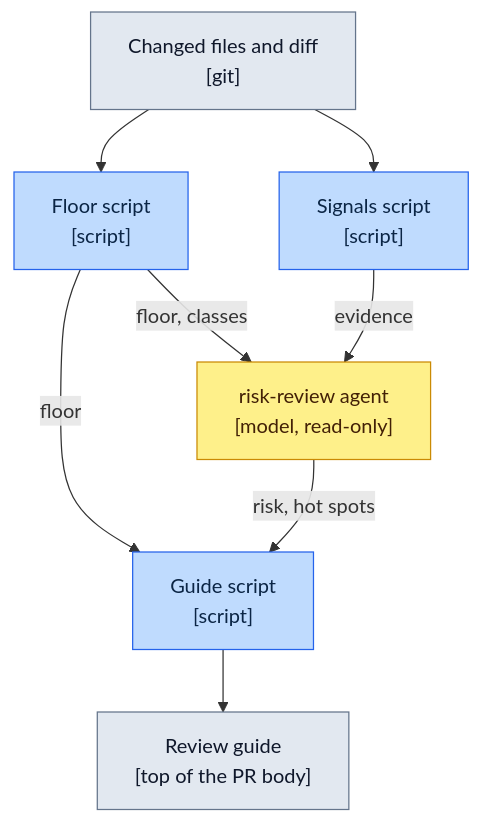
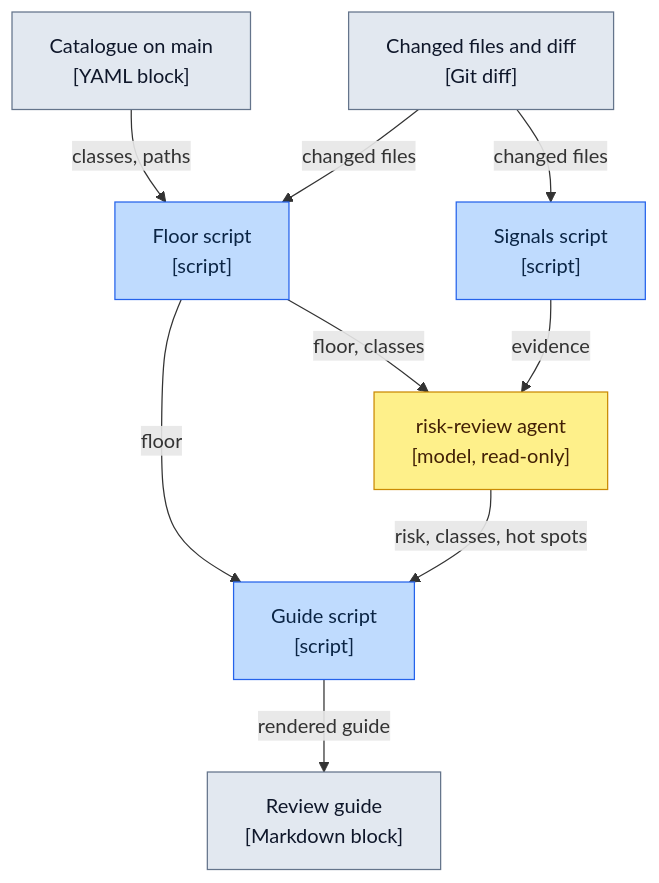
One commit to cfisch3r/estimate changed the diagram in docs/review-risk.md. Above: the diagram before and after it, drawn with Mermaid. The commit also changed other lines of this file and 3 other files, not shown here.

Commit message:
docs: align the risk catalogue diagram, index entries and glossary

````diff
--- a/docs/review-risk.md
+++ b/docs/review-risk.md
@@ -20,25 +20,27 @@
 ```mermaid
 flowchart TD
-  Diff["Changed files and diff<br/>[git]"]
+  Diff["Changed files and diff<br/>[Git diff]"]
   Floor["Floor script<br/>[script]"]
   Sig["Signals script<br/>[script]"]
   Agent["risk-review agent<br/>[model, read-only]"]
   Guide["Guide script<br/>[script]"]
-  PR["Review guide<br/>[top of the PR body]"]
+  PR["Review guide<br/>[Markdown block]"]
 
-  Diff --> Floor
-  Diff --> Sig
+  Cat["Catalogue on main<br/>[YAML block]"]
+  Cat -->|"classes, paths"| Floor
+  Diff -->|"changed files"| Floor
+  Diff -->|"changed files"| Sig
   Floor -->|"floor, classes"| Agent
   Sig -->|"evidence"| Agent
   Floor -->|"floor"| Guide
-  Agent -->|"risk, hot spots"| Guide
-  Guide --> PR
+  Agent -->|"risk, classes, hot spots"| Guide
+  Guide -->|"rendered guide"| PR
 
   classDef script fill:#BFDBFE,stroke:#2563EB,color:#0B2545
   classDef model fill:#FEF08A,stroke:#CA8A04,color:#422006
   classDef data fill:#E2E8F0,stroke:#64748B,color:#0F172A
 
   class Floor,Sig,Guide script
   class Agent model
-  class Diff,PR data
+  class Diff,PR,Cat data
 ```
````
